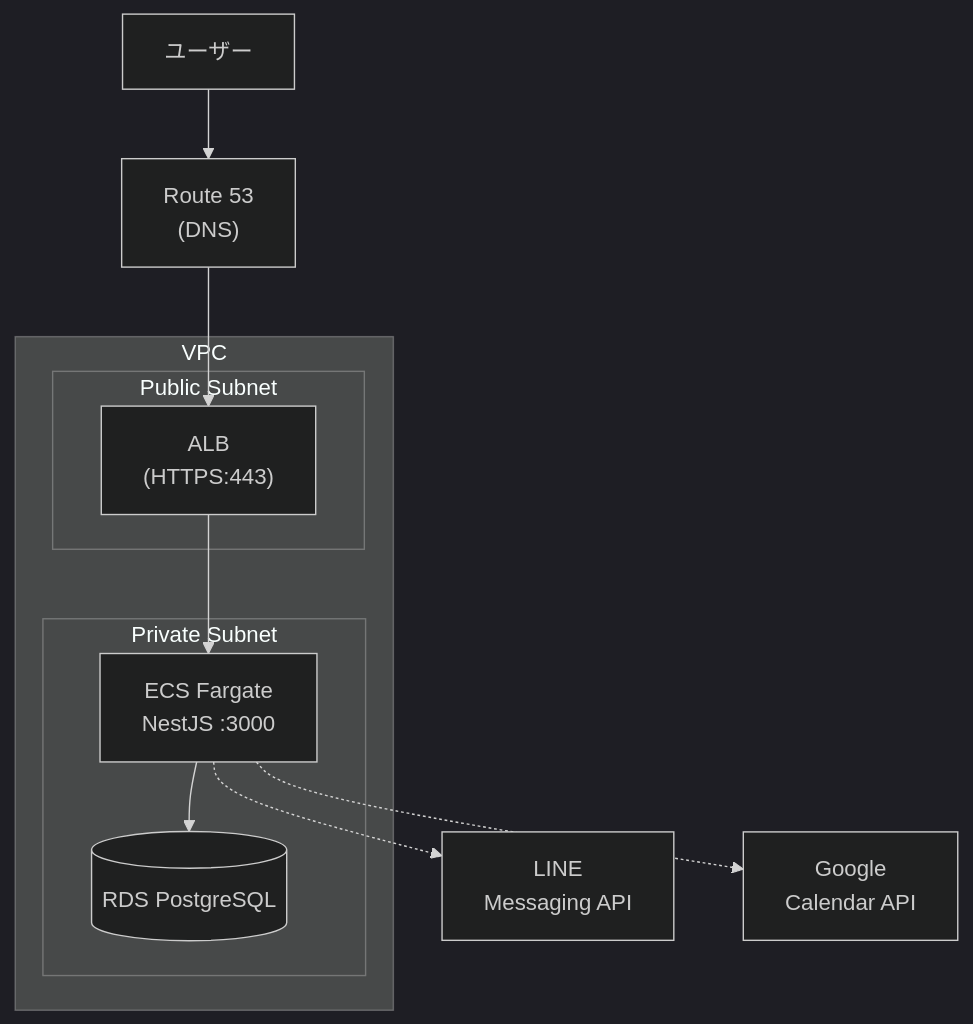
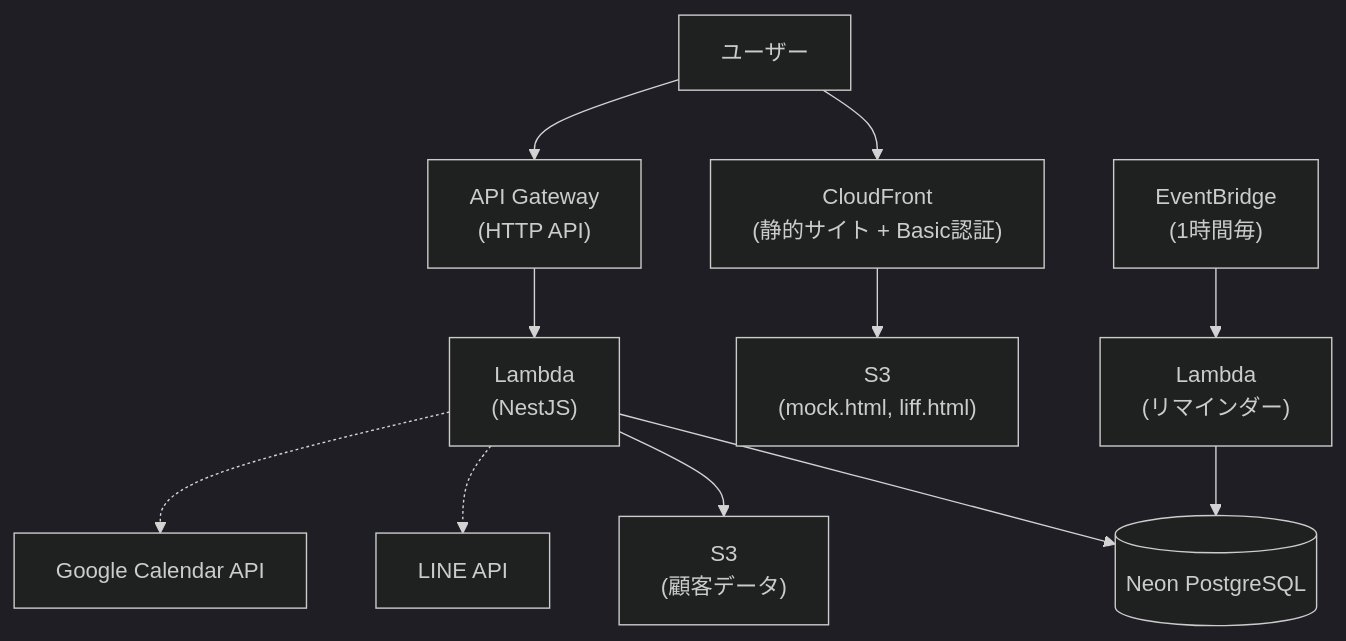
The fourth of 4 diagrams in app/README.md (rkuros/Covalt), drawn with Mermaid (dark theme) before and after one commit. The commit also changed other lines of this file and 161 other files, not shown here.

````diff
--- a/app/README.md
+++ b/app/README.md
@@ -238,21 +109,15 @@
 ```mermaid
 graph TB
-    User["ユーザー"] --> R53["Route 53<br/>(DNS)"]
-    R53 --> ALB["ALB<br/>(HTTPS:443)"]
+    User["ユーザー"] --> CF["CloudFront<br/>(静的サイト + Basic認証)"]
+    User --> APIGW["API Gateway<br/>(HTTP API)"]
 
-    subgraph VPC["VPC"]
-        subgraph Public["Public Subnet"]
-            ALB
-        end
+    CF --> S3Static["S3<br/>(mock.html, liff.html)"]
+    APIGW --> Lambda["Lambda<br/>(NestJS)"]
+    Lambda --> Neon[("Neon PostgreSQL")]
+    Lambda --> S3Data["S3<br/>(顧客データ)"]
+    Lambda -.-> LINE["LINE API"]
+    Lambda -.-> GCAL["Google Calendar API"]
 
-        subgraph Private["Private Subnet"]
-            ECS["ECS Fargate<br/>NestJS :3000"]
-            RDS[("RDS PostgreSQL")]
-        end
-    end
-
-    ALB --> ECS
-    ECS --> RDS
-    ECS -.-> LINE["LINE<br/>Messaging API"]
-    ECS -.-> GCAL["Google<br/>Calendar API"]
+    Cron["EventBridge<br/>(1時間毎)"] --> Reminder["Lambda<br/>(リマインダー)"]
+    Reminder --> Neon
 ```
````
